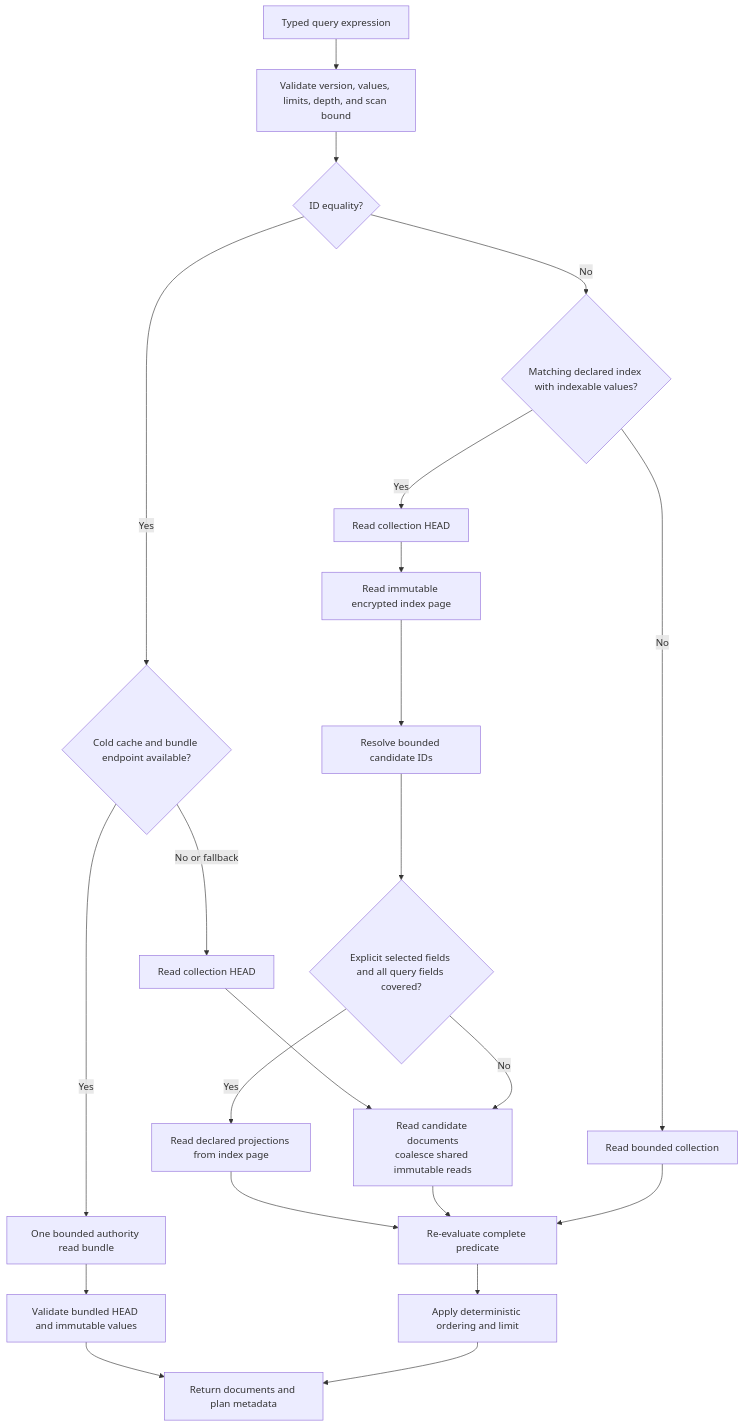
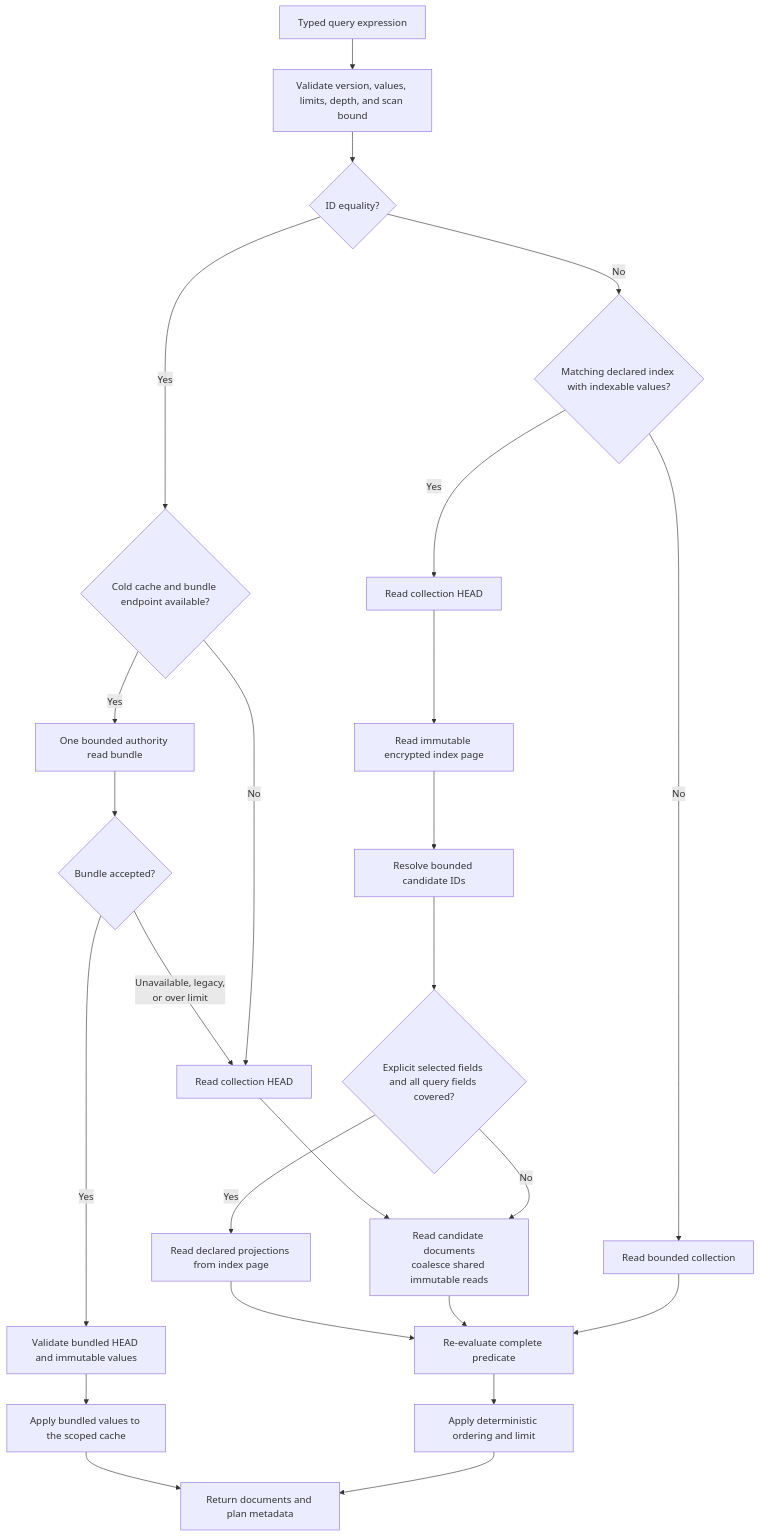
Before and after one commit to Jason-Doyle/thimble: the fifth of 16 diagrams in docs/DIAGRAMS.md, drawn with Mermaid. The commit also changed other lines of this file and 10 other files, not shown here.

First line of the commit message:
Correct system diagrams

````diff
--- a/docs/DIAGRAMS.md
+++ b/docs/DIAGRAMS.md
@@ -170,33 +169,37 @@
 ```mermaid
 flowchart TD
   Query["Typed query expression"]
   Validate["Validate version, values, limits, depth, and scan bound"]
   Point{"ID equality?"}
   Bundle{"Cold cache and bundle endpoint available?"}
   BundleRead["One bounded authority read bundle"]
   BundleValidate["Validate bundled HEAD and immutable values"]
+  BundleCache["Apply bundled values to the scoped cache"]
   Index{"Matching declared index with indexable values?"}
   PointHead["Read collection HEAD"]
   IndexHead["Read collection HEAD"]
   IndexPage["Read immutable encrypted index page"]
   Candidates["Resolve bounded candidate IDs"]
   Covered{"Explicit selected fields and all query fields covered?"}
   Projection["Read declared projections from index page"]
   ReadDocs["Read candidate documents<br/>coalesce shared immutable reads"]
   Predicate["Re-evaluate complete predicate"]
   Scan["Read bounded collection"]
   Order["Apply deterministic ordering and limit"]
   Result["Return documents and plan metadata"]
 
   Query --> Validate --> Point
   Point -- Yes --> Bundle
-  Bundle -- Yes --> BundleRead --> BundleValidate --> Result
-  Bundle -- No or fallback --> PointHead --> ReadDocs
+  Bundle -- Yes --> BundleRead --> BundleAccepted{"Bundle accepted?"}
+  BundleAccepted -- Yes --> BundleValidate --> BundleCache --> Result
+  BundleAccepted -- "Unavailable, legacy,<br/>or over limit" --> PointHead
+  Bundle -- No --> PointHead
+  PointHead --> ReadDocs
   Point -- No --> Index
   Index -- Yes --> IndexHead --> IndexPage --> Candidates --> Covered
   Covered -- Yes --> Projection --> Predicate
   Covered -- No --> ReadDocs
   Index -- No --> Scan
   ReadDocs --> Predicate --> Order --> Result
   Scan --> Predicate
 ```
````
